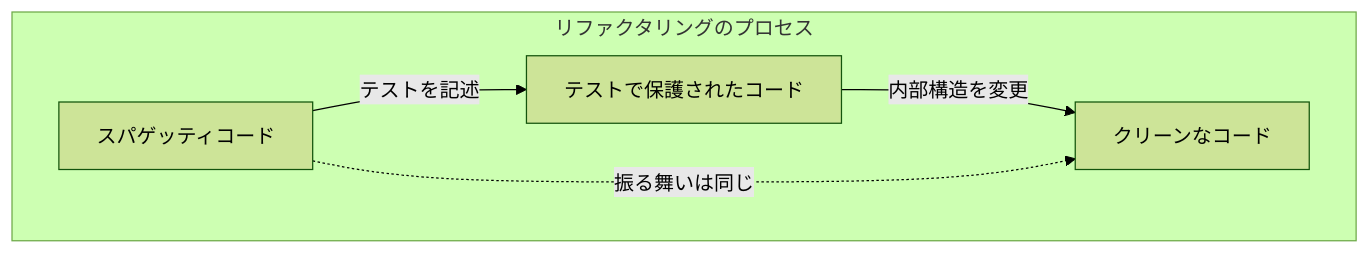
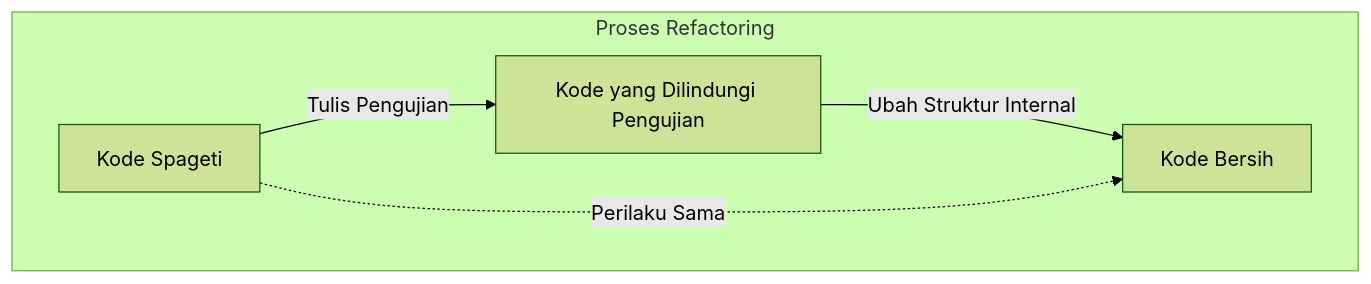
The third of 4 diagrams in content/post/ship-of-theseus/index.id.md (kenjinote/blog), drawn with Mermaid (forest theme) before and after one commit. The commit also changed other lines of this file and 28 other files, not shown here.

Commit message:
Translate Japanese text inside Mermaid diagrams to respective languages

````diff
--- a/content/post/ship-of-theseus/index.id.md
+++ b/content/post/ship-of-theseus/index.id.md
@@ -96,8 +96,8 @@
 ```mermaid
 graph TD
-    subgraph "リファクタリングのプロセス"
-        A["スパゲッティコード"] -->|"テストを記述"| B["テストで保護されたコード"]
-        B -->|"内部構造を変更"| C["クリーンなコード"]
-        A -.->|"振る舞いは同じ"| C
+    subgraph "Proses Refactoring"
+        A["Kode Spageti"] -->|"Tulis Pengujian"| B["Kode yang Dilindungi Pengujian"]
+        B -->|"Ubah Struktur Internal"| C["Kode Bersih"]
+        A -.->|"Perilaku Sama"| C
     end
 ```
````
